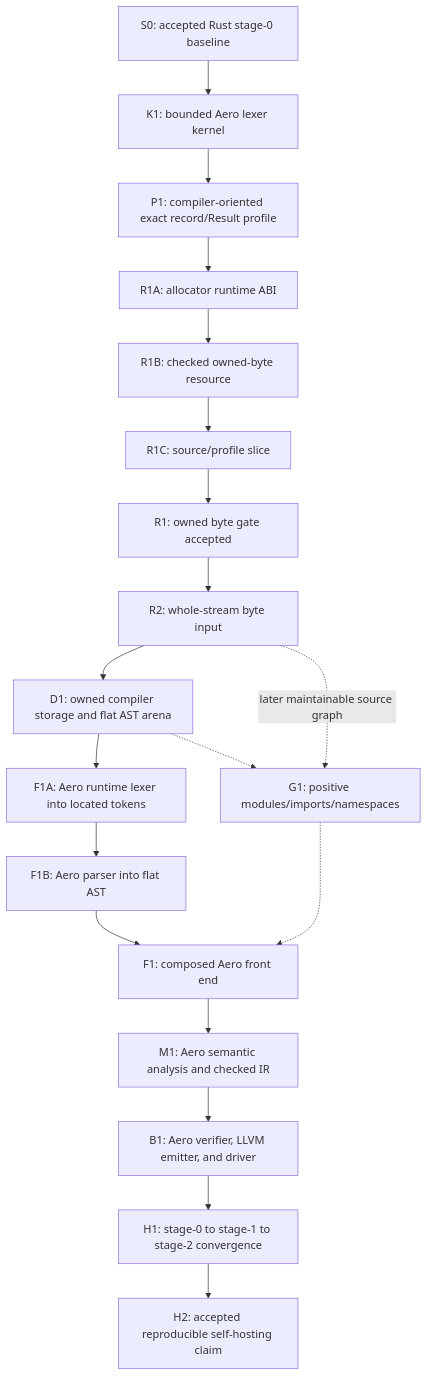
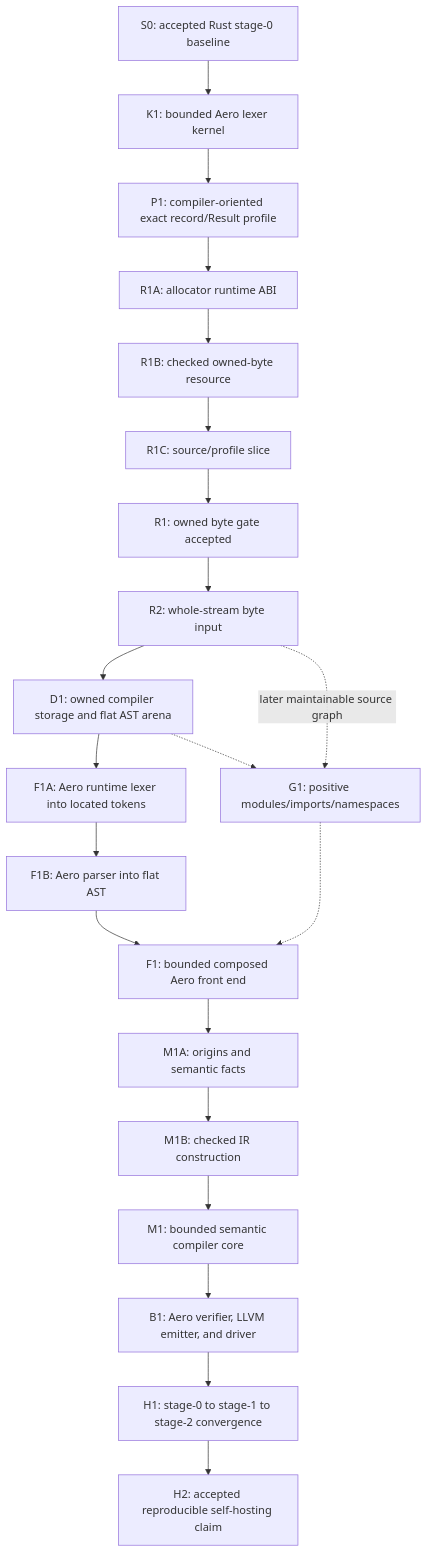
Before and after one commit to RobVanProd/Aero: the diagram in SELF_HOSTING_ROADMAP.md, drawn with Mermaid. The commit also changed other lines of this file and 7 other files, not shown here.

Commit message:
feat: add Aero flat-AST semantic facts

````diff
--- a/SELF_HOSTING_ROADMAP.md
+++ b/SELF_HOSTING_ROADMAP.md
@@ -185,21 +204,23 @@
 ```mermaid
 flowchart TD
     S0["S0: accepted Rust stage-0 baseline"] --> K1["K1: bounded Aero lexer kernel"]
     K1 --> P1["P1: compiler-oriented exact record/Result profile"]
     P1 --> R1A["R1A: allocator runtime ABI"]
     R1A --> R1B["R1B: checked owned-byte resource"]
     R1B --> R1C["R1C: source/profile slice"]
     R1C --> R1["R1: owned byte gate accepted"]
     R1 --> R2["R2: whole-stream byte input"]
     R2 --> D1["D1: owned compiler storage and flat AST arena"]
     D1 --> F1A["F1A: Aero runtime lexer into located tokens"]
     F1A --> F1B["F1B: Aero parser into flat AST"]
-    F1B --> F1["F1: composed Aero front end"]
-    F1 --> M1["M1: Aero semantic analysis and checked IR"]
+    F1B --> F1["F1: bounded composed Aero front end"]
+    F1 --> M1A["M1A: origins and semantic facts"]
+    M1A --> M1B["M1B: checked IR construction"]
+    M1B --> M1["M1: bounded semantic compiler core"]
     M1 --> B1["B1: Aero verifier, LLVM emitter, and driver"]
     B1 --> H1["H1: stage-0 to stage-1 to stage-2 convergence"]
     H1 --> H2["H2: accepted reproducible self-hosting claim"]
     R2 -. "later maintainable source graph" .-> G1["G1: positive modules/imports/namespaces"]
     D1 -.-> G1
     G1 -.-> F1
 ```
````
